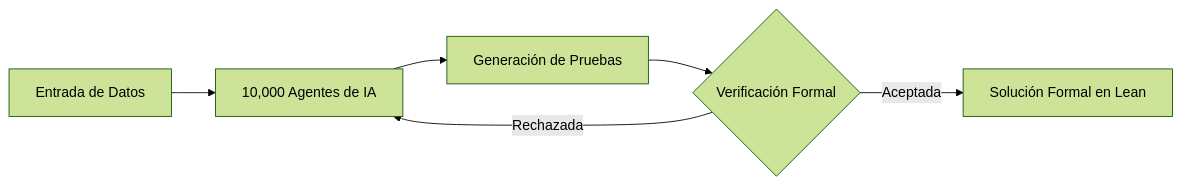
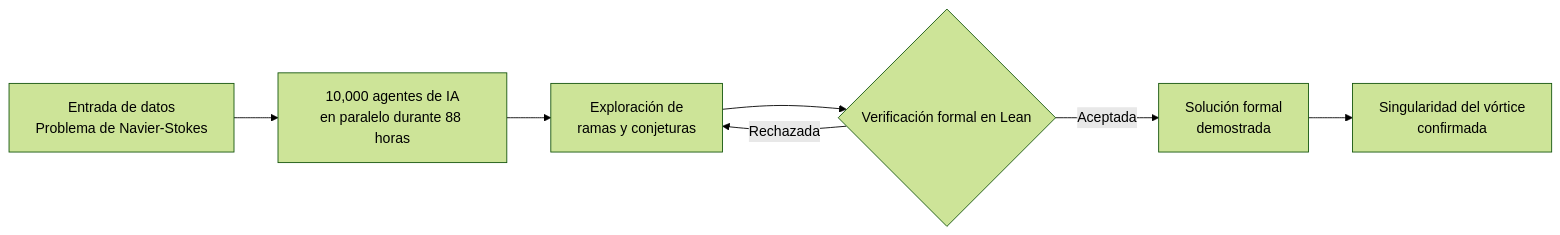
The diagram in _posts/2026-09-08-openai-navier-stokes-solucion.md (jsbaez/jsbaez.github.io), drawn with Mermaid (forest theme) before and after one commit. The commit also changed other lines of this file and 1 other file, not shown here.

Commit message:
refactor(blog): refine post and visuals for openai-navier-stokes-solucion based on review

````diff
--- a/_posts/2026-09-08-openai-navier-stokes-solucion.md
+++ b/_posts/2026-09-08-openai-navier-stokes-solucion.md
@@ -58,8 +42,9 @@
 ```mermaid
 flowchart LR
-    A[Entrada de Datos] --> B[10,000 Agentes de IA]
-    B --> C[Generación de Pruebas]
-    C --> D{Verificación Formal}
-    D -->|Aceptada| E[Solución Formal en Lean]
-    D -->|Rechazada| B
+    A[Entrada de datos<br/>Problema de Navier-Stokes] --> B[10,000 agentes de IA<br/>en paralelo durante 88 horas]
+    B --> C[Exploración de<br/>ramas y conjeturas]
+    C --> D{Verificación formal en Lean}
+    D -->|Rechazada| C
+    D -->|Aceptada| E[Solución formal<br/>demostrada]
+    E --> F[Singularidad del vórtice<br/>confirmada]
 ```
````
